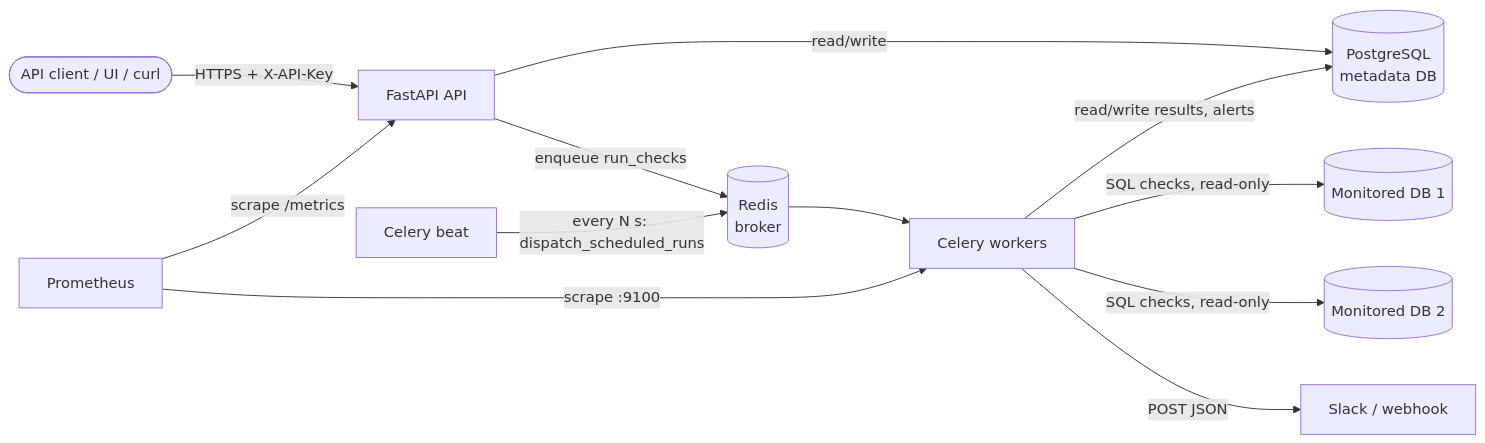
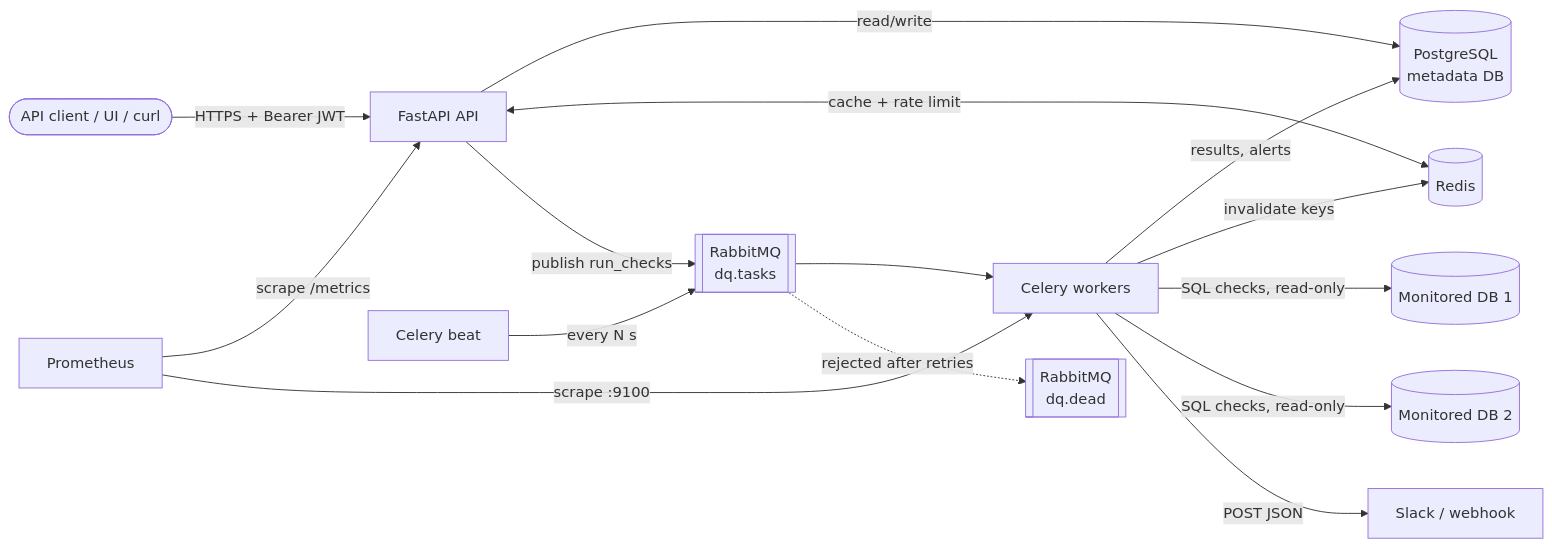
One commit to kumardaniel/dq-monitor changed the first of 4 diagrams in docs/ARCHITECTURE.md. Above: the diagram before and after it, drawn with Mermaid. The commit also changed other lines of this file and 38 other files, not shown here.

First line of the commit message:
Add JWT auth, RabbitMQ dead-letter queue, Redis cache, unified errors

````diff
--- a/docs/ARCHITECTURE.md
+++ b/docs/ARCHITECTURE.md
@@ -5,14 +5,17 @@
 ```mermaid
 flowchart LR
-    user([API client / UI / curl]) -->|HTTPS + X-API-Key| api[FastAPI API]
+    user([API client / UI / curl]) -->|HTTPS + Bearer JWT| api[FastAPI API]
     api -->|read/write| meta[(PostgreSQL<br/>metadata DB)]
-    api -->|enqueue run_checks| redis[(Redis<br/>broker)]
-    beat[Celery beat] -->|every N s: dispatch_scheduled_runs| redis
-    redis --> worker[Celery workers]
-    worker -->|read/write results, alerts| meta
+    api <-->|cache + rate limit| redis[(Redis)]
+    api -->|publish run_checks| mq[[RabbitMQ<br/>dq.tasks]]
+    beat[Celery beat] -->|every N s| mq
+    mq --> worker[Celery workers]
+    mq -.->|rejected after retries| dlq[[RabbitMQ<br/>dq.dead]]
+    worker -->|results, alerts| meta
+    worker -->|invalidate keys| redis
     worker -->|SQL checks, read-only| src1[(Monitored DB 1)]
     worker -->|SQL checks, read-only| src2[(Monitored DB 2)]
     worker -->|POST JSON| hook[Slack / webhook]
     prom[Prometheus] -->|scrape /metrics| api
     prom -->|scrape :9100| worker
 ```
````
